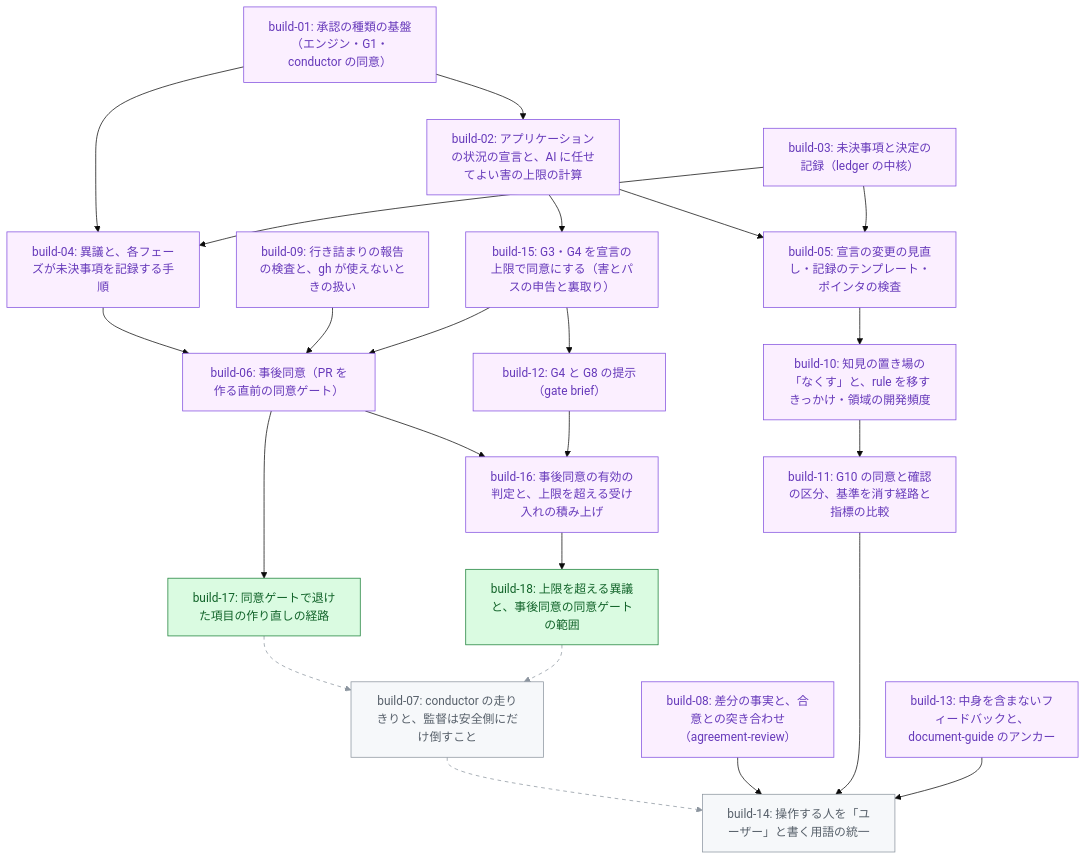
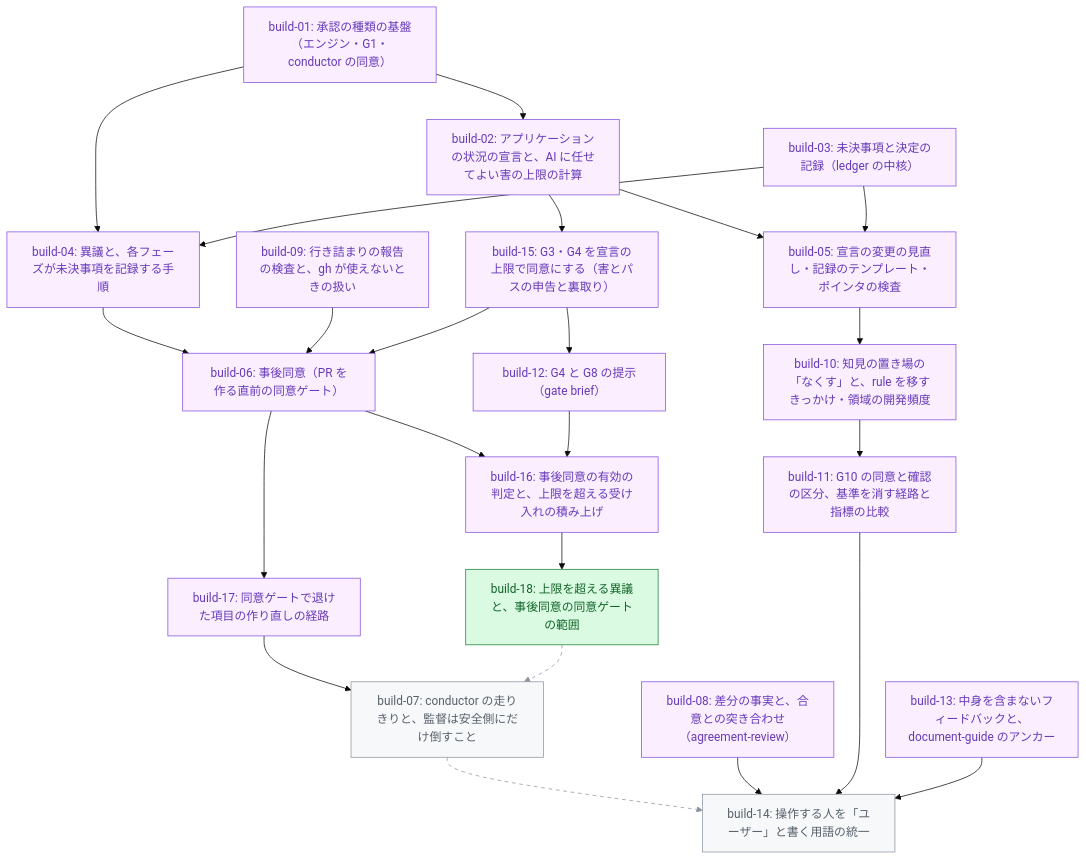
Before and after one commit to tak-solder/hikyaku: the diagram in .hikyaku/cycles/001-v3-core-concepts/tasklist.md, drawn with Mermaid (base theme). The commit also changed other lines of this file and 1 other file, not shown here.

Commit message:
build-17: tasklist の PR 列を更新する（#124）
Claude-Session: https://claude.ai/code/session_01RJieNbZxJTuNKqjvWpTagW

````diff
--- a/.hikyaku/cycles/001-v3-core-concepts/tasklist.md
+++ b/.hikyaku/cycles/001-v3-core-concepts/tasklist.md
@@ -33,50 +33,50 @@
 ```mermaid
 graph TD
   b01["build-01: 承認の種類の基盤（エンジン・G1・conductor の同意）"]
   b02["build-02: アプリケーションの状況の宣言と、AI に任せてよい害の上限の計算"]
   b03["build-03: 未決事項と決定の記録（ledger の中核）"]
   b04["build-04: 異議と、各フェーズが未決事項を記録する手順"]
   b05["build-05: 宣言の変更の見直し・記録のテンプレート・ポインタの検査"]
   b06["build-06: 事後同意（PR を作る直前の同意ゲート）"]
   b07["build-07: conductor の走りきりと、監督は安全側にだけ倒すこと"]
   b08["build-08: 差分の事実と、合意との突き合わせ（agreement-review）"]
   b09["build-09: 行き詰まりの報告の検査と、gh が使えないときの扱い"]
   b10["build-10: 知見の置き場の「なくす」と、rule を移すきっかけ・領域の開発頻度"]
   b11["build-11: G10 の同意と確認の区分、基準を消す経路と指標の比較"]
   b12["build-12: G4 と G8 の提示（gate brief）"]
   b13["build-13: 中身を含まないフィードバックと、document-guide のアンカー"]
   b14["build-14: 操作する人を「ユーザー」と書く用語の統一"]
   b15["build-15: G3・G4 を宣言の上限で同意にする（害とパスの申告と裏取り）"]
   b16["build-16: 事後同意の有効の判定と、上限を超える受け入れの積み上げ"]
   b17["build-17: 同意ゲートで退けた項目の作り直しの経路"]
   b18["build-18: 上限を超える異議と、事後同意の同意ゲートの範囲"]
   b01 --> b02
   b01 --> b04
   b03 --> b04
   b02 --> b05
   b03 --> b05
   b04 --> b06
   b09 --> b06
   b15 --> b06
-  b17 -.-> b07
+  b17 --> b07
   b18 -.-> b07
   b05 --> b10
   b10 --> b11
   b15 --> b12
   b07 -.-> b14
   b08 --> b14
   b11 --> b14
   b13 --> b14
   b02 --> b15
   b06 --> b16
   b12 --> b16
   b06 --> b17
   b16 --> b18
   classDef merged fill:#fbefff,stroke:#8250df,color:#6639ba
   classDef ready fill:#dafbe1,stroke:#1a7f37,color:#116329
   classDef blocked fill:#f6f8fa,stroke:#8c959f,color:#57606a
-  class b01,b02,b03,b04,b05,b06,b08,b09,b10,b11,b12,b13,b15,b16 merged
-  class b17,b18 ready
+  class b01,b02,b03,b04,b05,b06,b08,b09,b10,b11,b12,b13,b15,b16,b17 merged
+  class b18 ready
   class b07,b14 blocked
-  linkStyle 8,9,13 stroke:#8c959f,stroke-dasharray:5 5
+  linkStyle 9,13 stroke:#8c959f,stroke-dasharray:5 5
 ```
````
